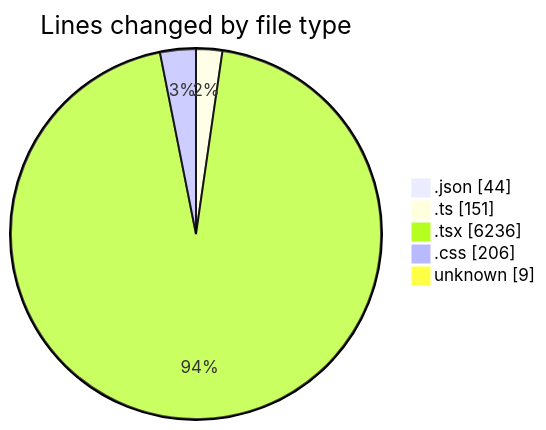
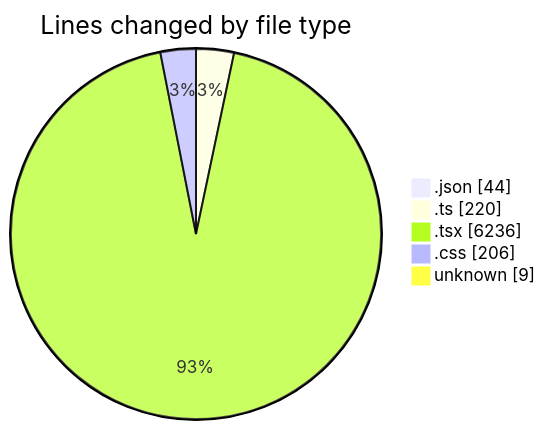
One commit to julien-gomy/code-tracking changed the first of 2 diagrams in 2025-10-24/eventscop-frontend-guide__workspace_/README.md. Above: the diagram before and after it, drawn with Mermaid. The commit also changed other lines of this file and 1 other file, not shown here.

````diff
--- a/2025-10-24/eventscop-frontend-guide__workspace_/README.md
+++ b/2025-10-24/eventscop-frontend-guide__workspace_/README.md
@@ -46,9 +47,9 @@
 ```mermaid
 pie showData
 title Lines changed by file type
 ".json" : 44
-".ts" : 151
+".ts" : 220
 ".tsx" : 6236
 ".css" : 206
 "unknown" : 9
 ```
````
